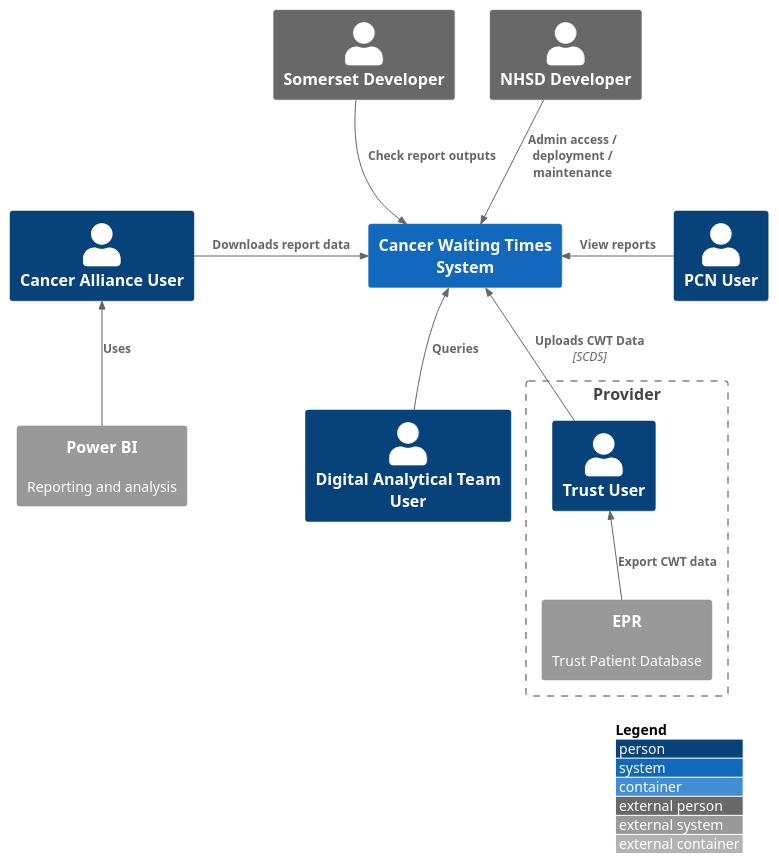
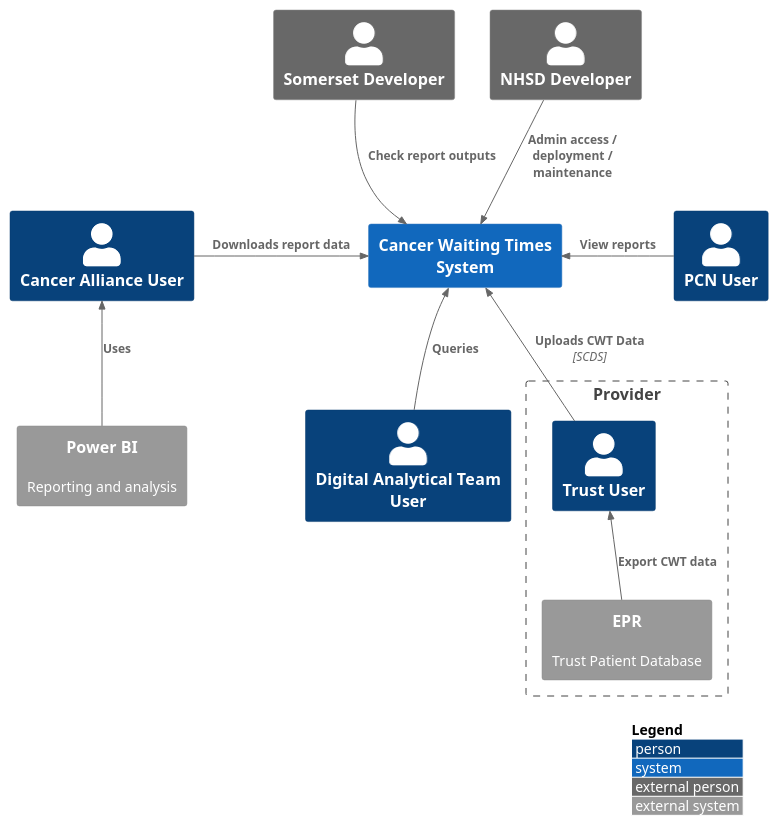
Before and after one commit to nhsx/dt-public: the diagram in CWT/C4/system-context-component.puml, drawn with PlantUML. The commit also changed 1 other file, not shown here.

Commit message:
Update file(s) "/." from "asmith-nhsx/architecture"

```diff
--- a/CWT/C4/system-context-component.puml
+++ b/CWT/C4/system-context-component.puml
@@ -1,30 +1,30 @@
 @startuml C4_Elements
-!include <C4/C4_Container>
+!include <C4/C4_Context>
 
 Person(cau, "Cancer Alliance User", "")
 Person(dau, "Digital Analytical Team User", "")
 Person(pcu, "PCN User", "")
 Person_Ext(sdv, "Somerset Developer", "")
 Person_Ext(ndv, "NHSD Developer", "")
 
 System(cwt, "Cancer Waiting Times System", "")
 System_Ext(pbi, "Power BI", "Reporting and analysis")
 
 Boundary("trust", "Provider", "") {
   Person(tu, "Trust User", "")
   System_Ext(tdb, "EPR", "Trust Patient Database")
 }
 
 Rel_R(cau, cwt, "Downloads report data", "")
 Rel_L(pcu, cwt, "View reports", "")
 Rel_U(tu, cwt, "Uploads CWT Data", "SCDS")
 Rel_U(dau, cwt, "Queries", "")
 Rel_U(pbi, cau, "Uses", "")
 
 Rel(ndv, cwt, "Admin access / deployment / maintenance")
 Rel(sdv, cwt, "Check report outputs")
 
 Rel_U(tdb, tu, "Export CWT data")
 
 LAYOUT_WITH_LEGEND()
 @enduml
```
